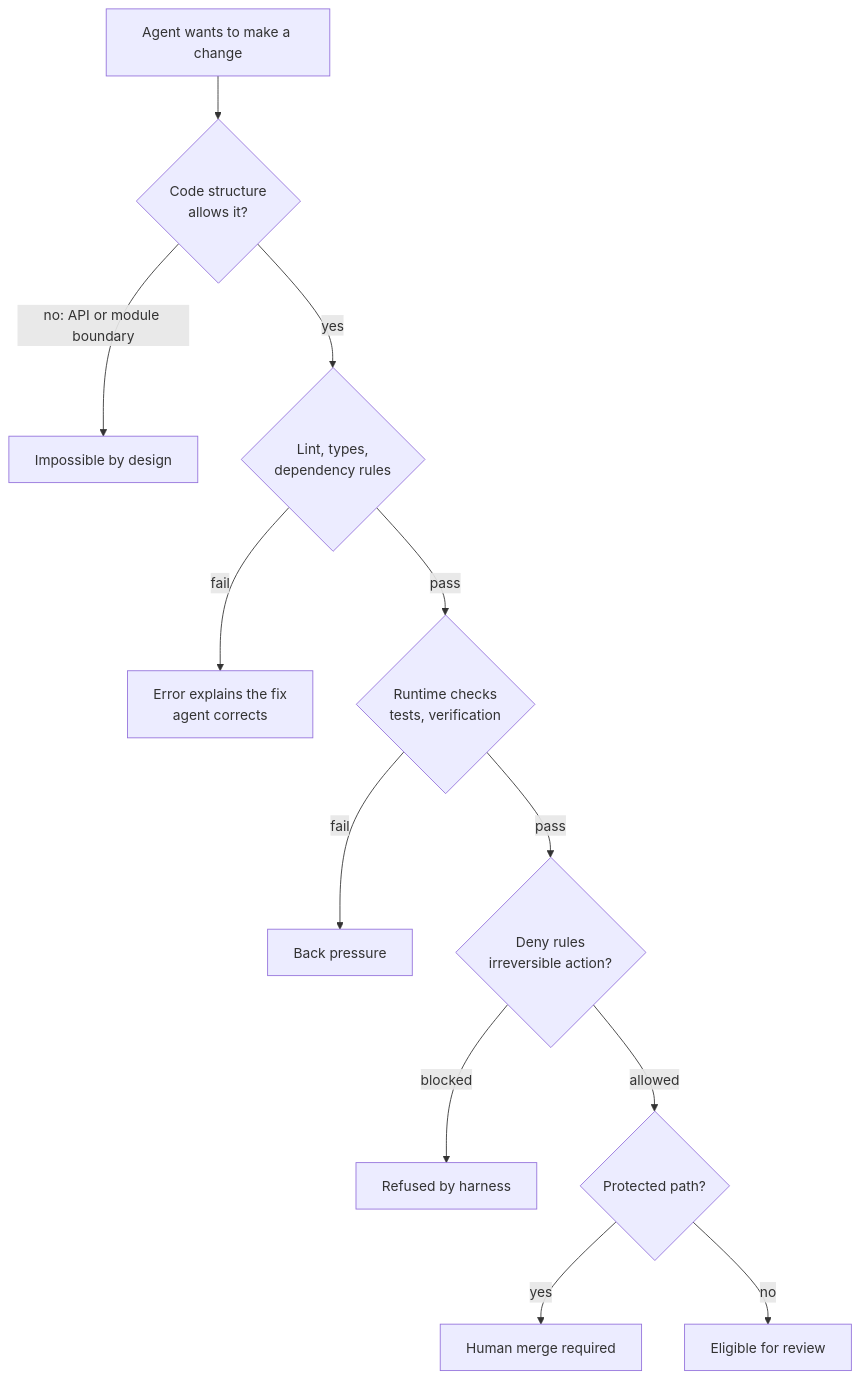
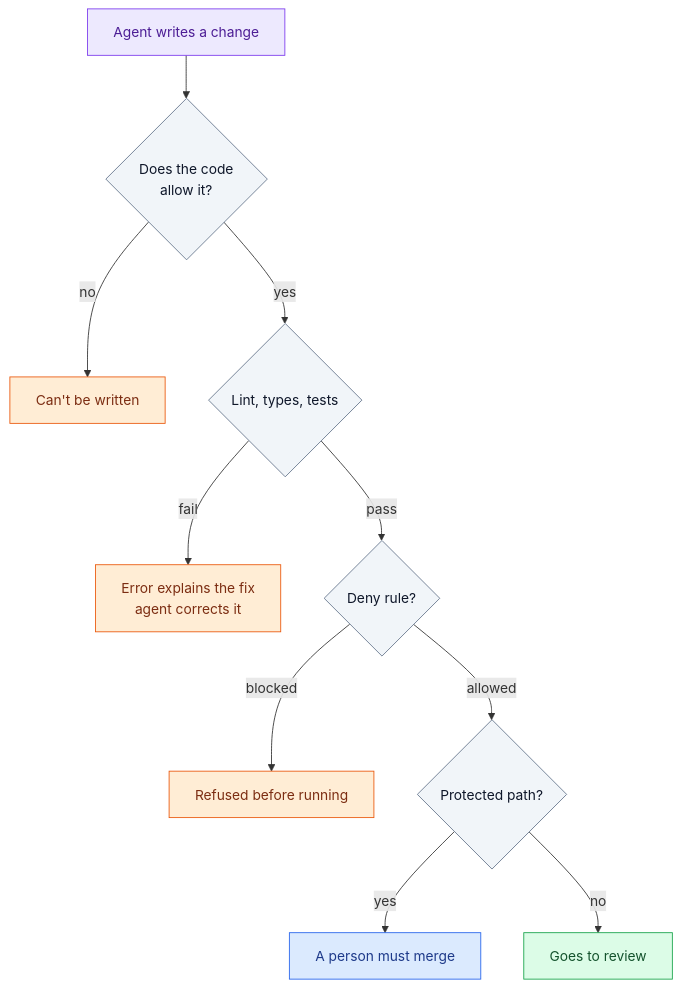
Before and after one commit to icelink-ai/software-factory-manifesto: the diagram in docs/03-guardrails/README.md, drawn with Mermaid. The commit also changed other lines of this file and 73 other files, not shown here.

````diff
--- a/docs/03-guardrails/README.md
+++ b/docs/03-guardrails/README.md
@@ -34,14 +42,17 @@
 ```mermaid
 flowchart TD
-    C["Agent wants to make a change"] --> A{"Code structure<br/>allows it?"}
-    A -->|no: API or module boundary| X1["Impossible by design"]
-    A -->|yes| B{"Lint, types,<br/>dependency rules"}
-    B -->|fail| X2["Error explains the fix<br/>agent corrects"]
-    B -->|pass| R{"Runtime checks<br/>tests, verification"}
-    R -->|fail| X3["Back pressure"]
-    R -->|pass| P{"Deny rules<br/>irreversible action?"}
-    P -->|blocked| X4["Refused by harness"]
-    P -->|allowed| H{"Protected path?"}
-    H -->|yes| X5["Human merge required"]
-    H -->|no| OK["Eligible for review"]
+    C["Agent writes a change"]:::agent --> A{"Does the code<br/>allow it?"}:::script
+    A -->|no| X1["Can't be written"]:::stop
+    A -->|yes| B{"Lint, types, tests"}:::script
+    B -->|fail| X2["Error explains the fix<br/>agent corrects it"]:::stop
+    B -->|pass| P{"Deny rule?"}:::script
+    P -->|blocked| X3["Refused before running"]:::stop
+    P -->|allowed| H{"Protected path?"}:::script
+    H -->|yes| X4["A person must merge"]:::person
+    H -->|no| OK["Goes to review"]:::state
+    classDef person fill:#dbeafe,stroke:#2563eb,color:#1e3a8a
+    classDef script fill:#f1f5f9,stroke:#64748b,color:#0f172a
+    classDef agent fill:#ede9fe,stroke:#7c3aed,color:#4c1d95
+    classDef state fill:#dcfce7,stroke:#16a34a,color:#14532d
+    classDef stop fill:#ffedd5,stroke:#ea580c,color:#7c2d12
 ```
````
